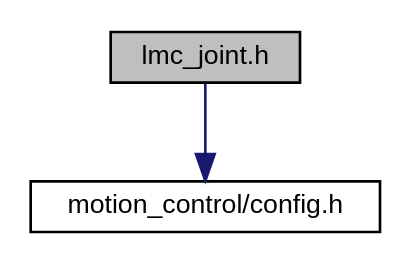
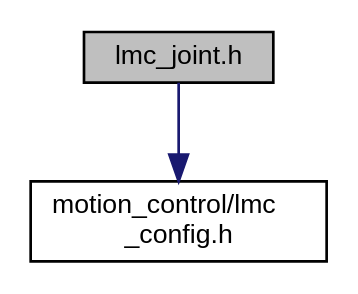
Before and after one commit to lebai-robotics/lmc_output: the diagram in lmc__joint_8h__incl.dot, drawn with Graphviz. The commit also changed 165 other files, not shown here.

```diff
--- a/lmc__joint_8h__incl.dot
+++ b/lmc__joint_8h__incl.dot
@@ -1,8 +1,8 @@
 digraph "lmc_joint.h"
 {
   edge [fontname="Helvetica",fontsize="10",labelfontname="Helvetica",labelfontsize="10"];
   node [fontname="Helvetica",fontsize="10",shape=record];
   Node1 [label="lmc_joint.h",height=0.2,width=0.4,color="black", fillcolor="grey75", style="filled", fontcolor="black"];
   Node1 -> Node2 [color="midnightblue",fontsize="10",style="solid",fontname="Helvetica"];
-  Node2 [label="motion_control/config.h",height=0.2,width=0.4,color="black", fillcolor="white", style="filled",URL="$config_8h.html",tooltip="Global configuration macro. "];
+  Node2 [label="motion_control/lmc\l_config.h",height=0.2,width=0.4,color="black", fillcolor="white", style="filled",URL="$lmc__config_8h.html",tooltip="Global configuration macro. "];
 }
```
